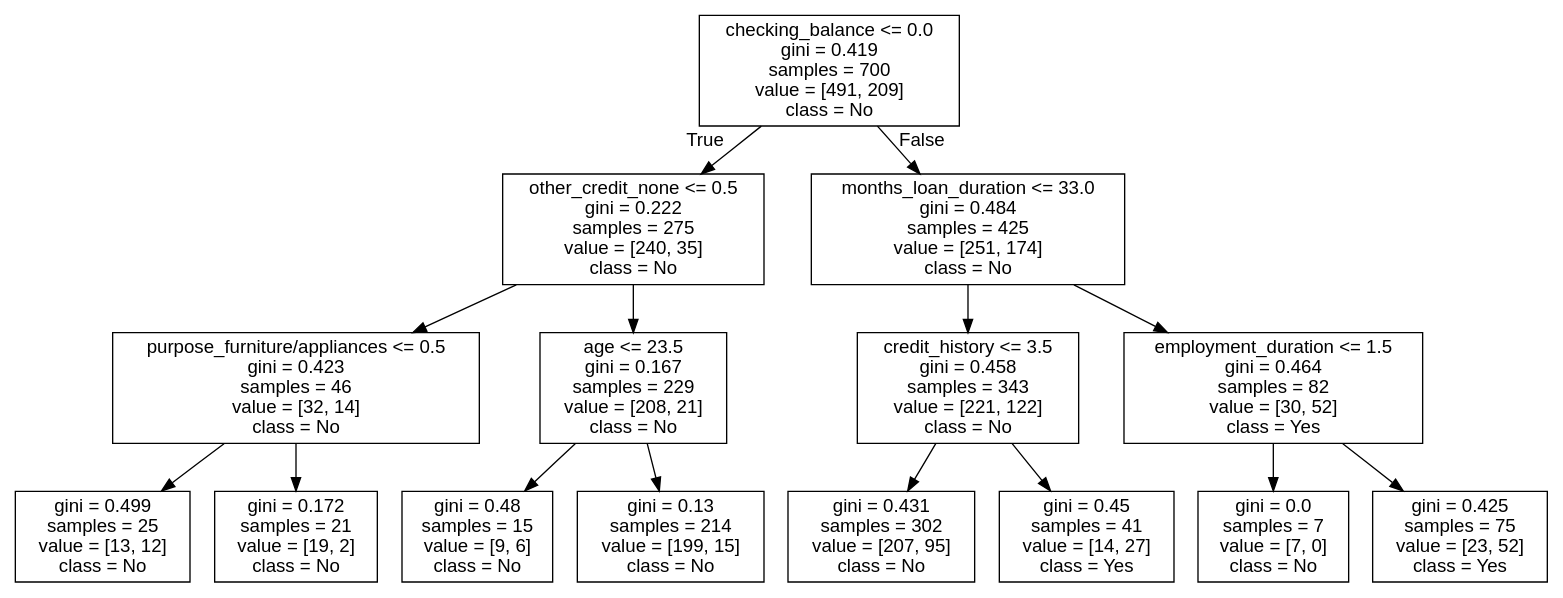
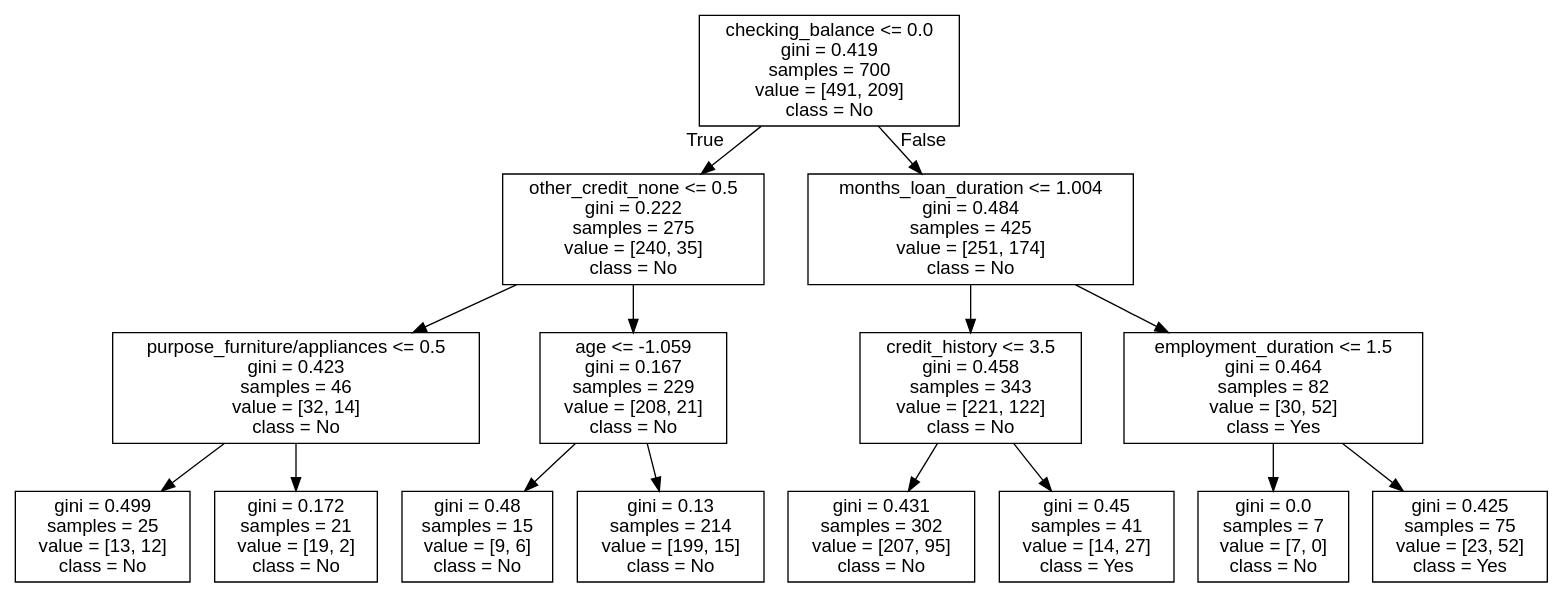
Before and after one commit to RochaErik/X-Ensemble-Techniques-Credit-Data: the diagram in credit_tree2.dot, drawn with Graphviz. The commit also changed 2 other files, not shown here.

```diff
--- a/credit_tree2.dot
+++ b/credit_tree2.dot
@@ -1,33 +1,33 @@
 digraph Tree {
 node [shape=box, fontname="helvetica"] ;
 edge [fontname="helvetica"] ;
 0 [label="checking_balance <= 0.0\ngini = 0.419\nsamples = 700\nvalue = [491, 209]\nclass = No"] ;
 1 [label="other_credit_none <= 0.5\ngini = 0.222\nsamples = 275\nvalue = [240, 35]\nclass = No"] ;
 0 -> 1 [labeldistance=2.5, labelangle=45, headlabel="True"] ;
 2 [label="purpose_furniture/appliances <= 0.5\ngini = 0.423\nsamples = 46\nvalue = [32, 14]\nclass = No"] ;
 1 -> 2 ;
 3 [label="gini = 0.499\nsamples = 25\nvalue = [13, 12]\nclass = No"] ;
 2 -> 3 ;
 4 [label="gini = 0.172\nsamples = 21\nvalue = [19, 2]\nclass = No"] ;
 2 -> 4 ;
-5 [label="age <= 23.5\ngini = 0.167\nsamples = 229\nvalue = [208, 21]\nclass = No"] ;
+5 [label="age <= -1.059\ngini = 0.167\nsamples = 229\nvalue = [208, 21]\nclass = No"] ;
 1 -> 5 ;
 6 [label="gini = 0.48\nsamples = 15\nvalue = [9, 6]\nclass = No"] ;
 5 -> 6 ;
 7 [label="gini = 0.13\nsamples = 214\nvalue = [199, 15]\nclass = No"] ;
 5 -> 7 ;
-8 [label="months_loan_duration <= 33.0\ngini = 0.484\nsamples = 425\nvalue = [251, 174]\nclass = No"] ;
+8 [label="months_loan_duration <= 1.004\ngini = 0.484\nsamples = 425\nvalue = [251, 174]\nclass = No"] ;
 0 -> 8 [labeldistance=2.5, labelangle=-45, headlabel="False"] ;
 9 [label="credit_history <= 3.5\ngini = 0.458\nsamples = 343\nvalue = [221, 122]\nclass = No"] ;
 8 -> 9 ;
 10 [label="gini = 0.431\nsamples = 302\nvalue = [207, 95]\nclass = No"] ;
 9 -> 10 ;
 11 [label="gini = 0.45\nsamples = 41\nvalue = [14, 27]\nclass = Yes"] ;
 9 -> 11 ;
 12 [label="employment_duration <= 1.5\ngini = 0.464\nsamples = 82\nvalue = [30, 52]\nclass = Yes"] ;
 8 -> 12 ;
 13 [label="gini = 0.0\nsamples = 7\nvalue = [7, 0]\nclass = No"] ;
 12 -> 13 ;
 14 [label="gini = 0.425\nsamples = 75\nvalue = [23, 52]\nclass = Yes"] ;
 12 -> 14 ;
 }
```
